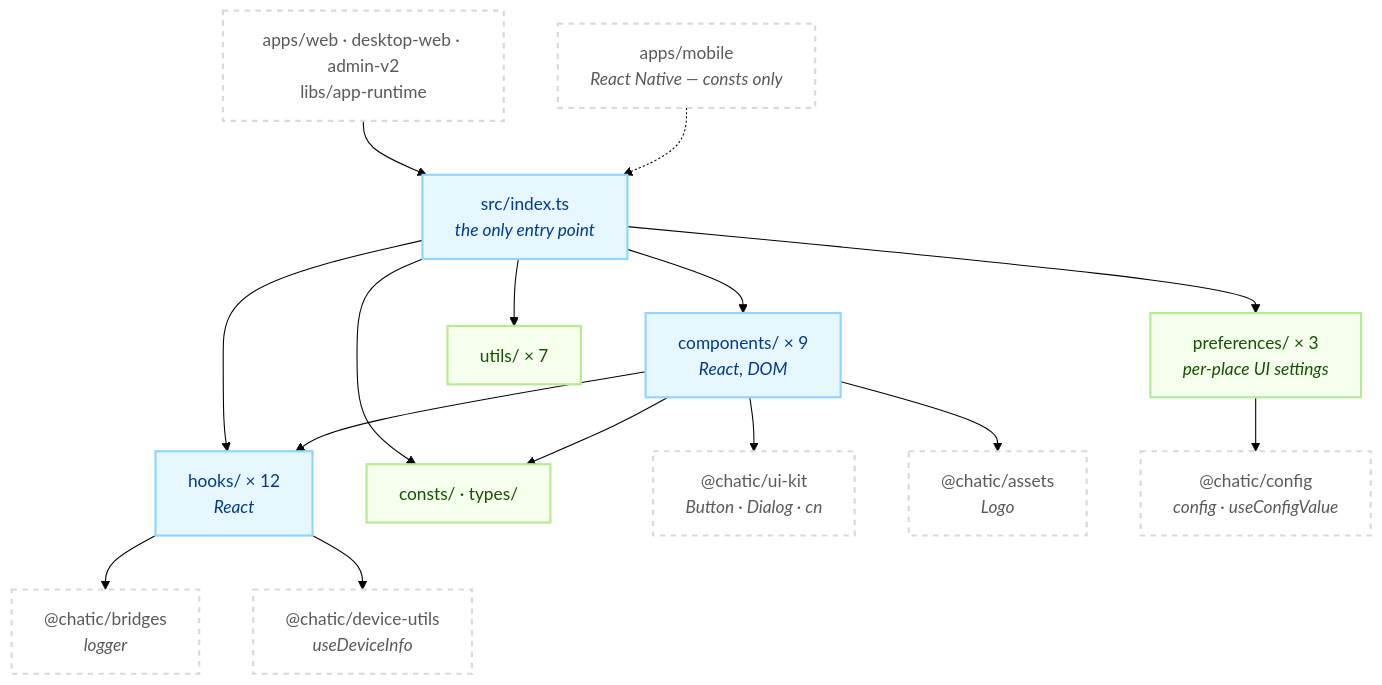
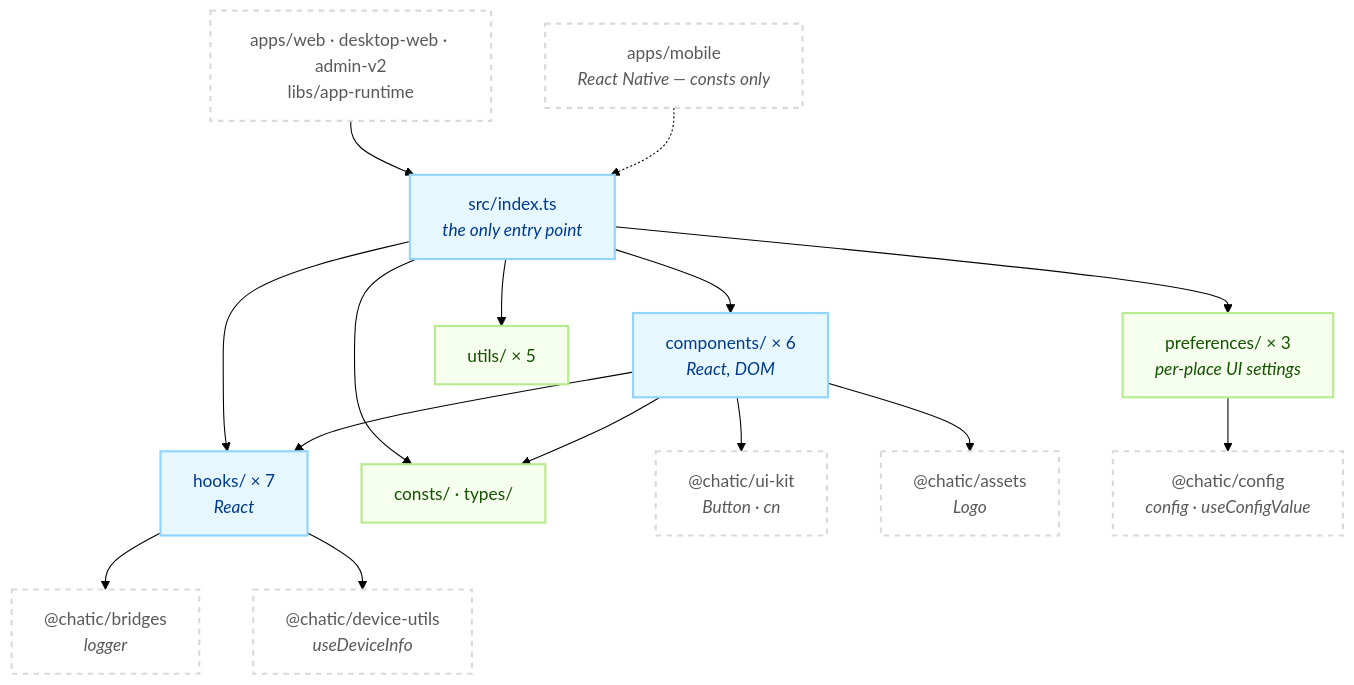
Before and after one commit to lemoncloud-io/dou-app: the first of 2 diagrams in libs/shared/README.md, drawn with Mermaid (forest theme). The commit also changed other lines of this file, not shown here.

````diff
--- a/libs/shared/README.md
+++ b/libs/shared/README.md
@@ -111,38 +123,38 @@
 ```mermaid
 flowchart TD
     classDef grp fill:#e6f7ff,stroke:#91d5ff,stroke-width:2px,color:#003a8c;
     classDef pure fill:#f6ffed,stroke:#b7eb8f,stroke-width:2px,color:#135200;
     classDef ext fill:#ffffff,stroke:#d9d9d9,stroke-width:2px,color:#595959,stroke-dasharray: 5 5;
 
     App["apps/web · desktop-web · admin-v2<br/>libs/app-runtime"]:::ext
     RN["apps/mobile<br/><i>React Native — consts only</i>"]:::ext
 
     Barrel["src/index.ts<br/><i>the only entry point</i>"]:::grp
 
-    Comp["components/ × 9<br/><i>React, DOM</i>"]:::grp
-    Hooks["hooks/ × 12<br/><i>React</i>"]:::grp
+    Comp["components/ × 6<br/><i>React, DOM</i>"]:::grp
+    Hooks["hooks/ × 7<br/><i>React</i>"]:::grp
     Prefs["preferences/ × 3<br/><i>per-place UI settings</i>"]:::pure
-    Utils["utils/ × 7"]:::pure
+    Utils["utils/ × 5"]:::pure
     Const["consts/ · types/"]:::pure
 
-    UiKit["@chatic/ui-kit<br/><i>Button · Dialog · cn</i>"]:::ext
+    UiKit["@chatic/ui-kit<br/><i>Button · cn</i>"]:::ext
     Assets["@chatic/assets<br/><i>Logo</i>"]:::ext
     Bridges["@chatic/bridges<br/><i>logger</i>"]:::ext
     Cfg["@chatic/config<br/><i>config · useConfigValue</i>"]:::ext
     Dev["@chatic/device-utils<br/><i>useDeviceInfo</i>"]:::ext
 
     App --> Barrel
     RN -.-> Barrel
     Barrel --> Comp
     Barrel --> Hooks
     Barrel --> Prefs
     Barrel --> Utils
     Barrel --> Const
     Comp --> Hooks
     Comp --> Const
     Comp --> UiKit
     Comp --> Assets
     Hooks --> Bridges
     Hooks --> Dev
     Prefs --> Cfg
 ```
````
